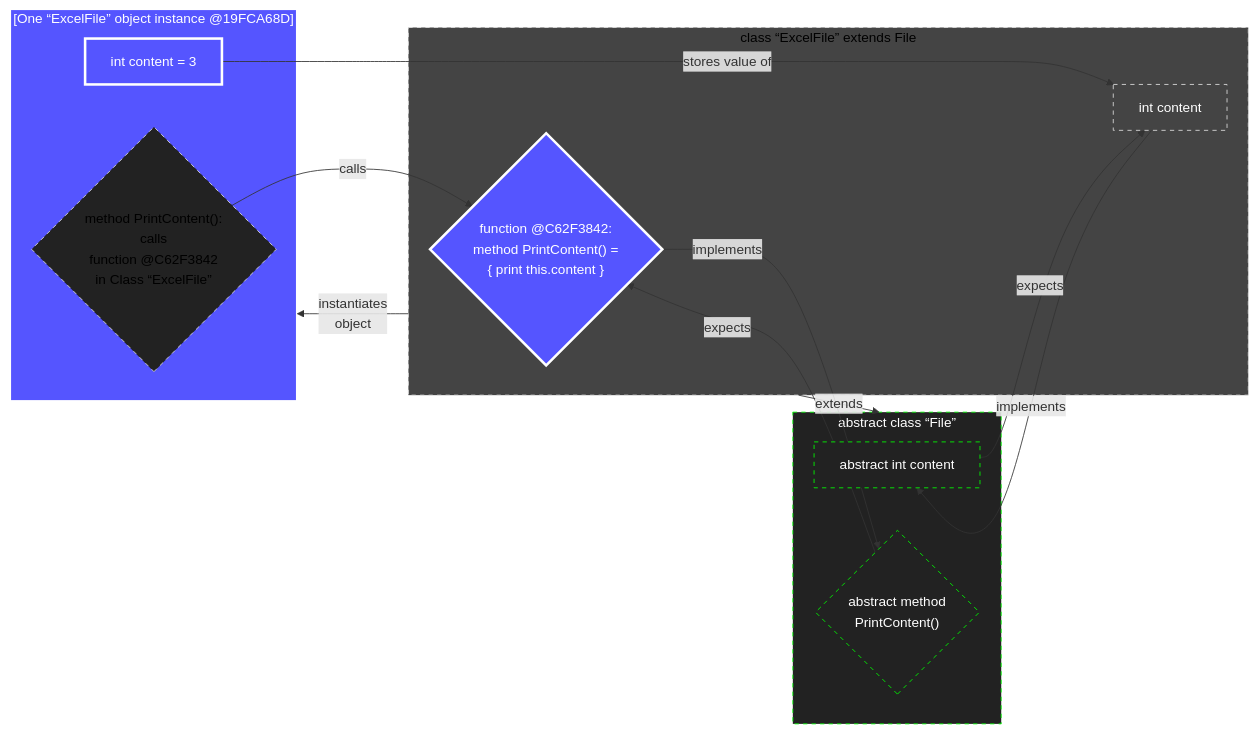
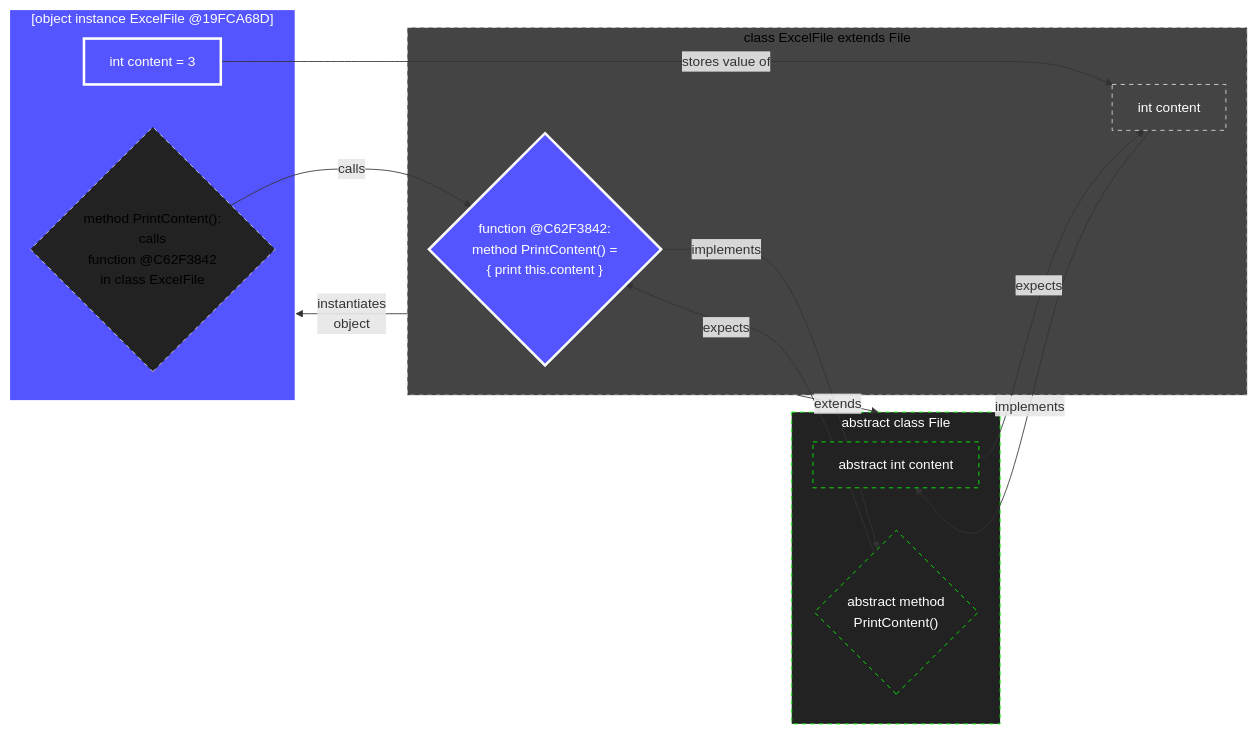
Before and after one commit to realityexpander/How_to_program_from_ground_up: the sixth of 7 diagrams in 09-ClassOrientedProgramming.md, drawn with Mermaid. The commit also changed other lines of this file, not shown here.

Commit message:
improve COP

````diff
--- a/09-ClassOrientedProgramming.md
+++ b/09-ClassOrientedProgramming.md
@@ -542,43 +542,43 @@
   ```mermaid
     flowchart LR
   
     ExcelFileObjectPrintContentMethodFunctionPointer -- calls --> ExcelFileClassPrintContentMethod:::Object
     ExcelFileObjectAgeInt -- stores value of --> ExcelFileClassAgeInt
-    subgraph ExcelFileObject["[One “ExcelFile” object instance @19FCA68D]"]
+    subgraph ExcelFileObject["[object instance ExcelFile @19FCA68D]"]
         ExcelFileObjectAgeInt["int content = 3"]
         ExcelFileObjectPrintContentMethodFunctionPointer{"method PrintContent(): 
                                            calls 
                                      function @C62F3842
-                                     in Class “ExcelFile”"}
+                                     in class ExcelFile"}
     end
-    subgraph classExcelFile["class “ExcelFile” extends File"]
+    subgraph classExcelFile["class ExcelFile extends File"]
         ExcelFileClassAgeInt["int content"]
         ExcelFileClassPrintContentMethod{"function @C62F3842:  
                     method PrintContent() =
                     { print this.content }"}
     end
     abstractAgeInt -- expects --> ExcelFileClassAgeInt
     abstractPrintContentMethod -- expects --> ExcelFileClassPrintContentMethod:::Object
     ExcelFileClassAgeInt -- implements --> abstractAgeInt:::Abstract
   
     classExcelFile -- "instantiates 
                        object" --> ExcelFileObject:::Object
     classExcelFile -- extends --> abstractFile:::Abstract
     ExcelFileClassPrintContentMethod -- implements --> abstractPrintContentMethod:::Abstract
-    subgraph abstractFile["abstract class “File”"]
+    subgraph abstractFile["abstract class File"]
       abstractAgeInt["abstract int content"]
       abstractPrintContentMethod{"abstract method 
                                PrintContent()"}
     end
   
     classDef Abstract fill:#222, stroke:#0F0, stroke-width:1px, color:#fff, stroke-dasharray: 5 5
     
     classDef Class fill:#444, stroke:#00F, stroke-width:1px, color:#000, stroke-dasharray: 5 5
     %% For nodes that are the source of a link, the style must be defined in the link, not the classDef. 
     style classExcelFile fill:#444, stroke:#DDD, stroke-width:1px, color:#000, stroke-dasharray: 5 5
     style ExcelFileClassAgeInt fill:#444, stroke:#DDD, stroke-width:1px, color:#FFF, stroke-dasharray: 5 5
     
     classDef Object fill:#55F, stroke:#FFF, stroke-width:3px, color:#fff
     style ExcelFileObjectAgeInt fill:#55F, stroke:#FFF, stroke-width:3px, color:#fff
     style ExcelFileObjectPrintContentMethodFunctionPointer fill:#222, stroke:#DDD, stroke-width:1px, color:#000, stroke-dasharray: 5 5
   ```
````
